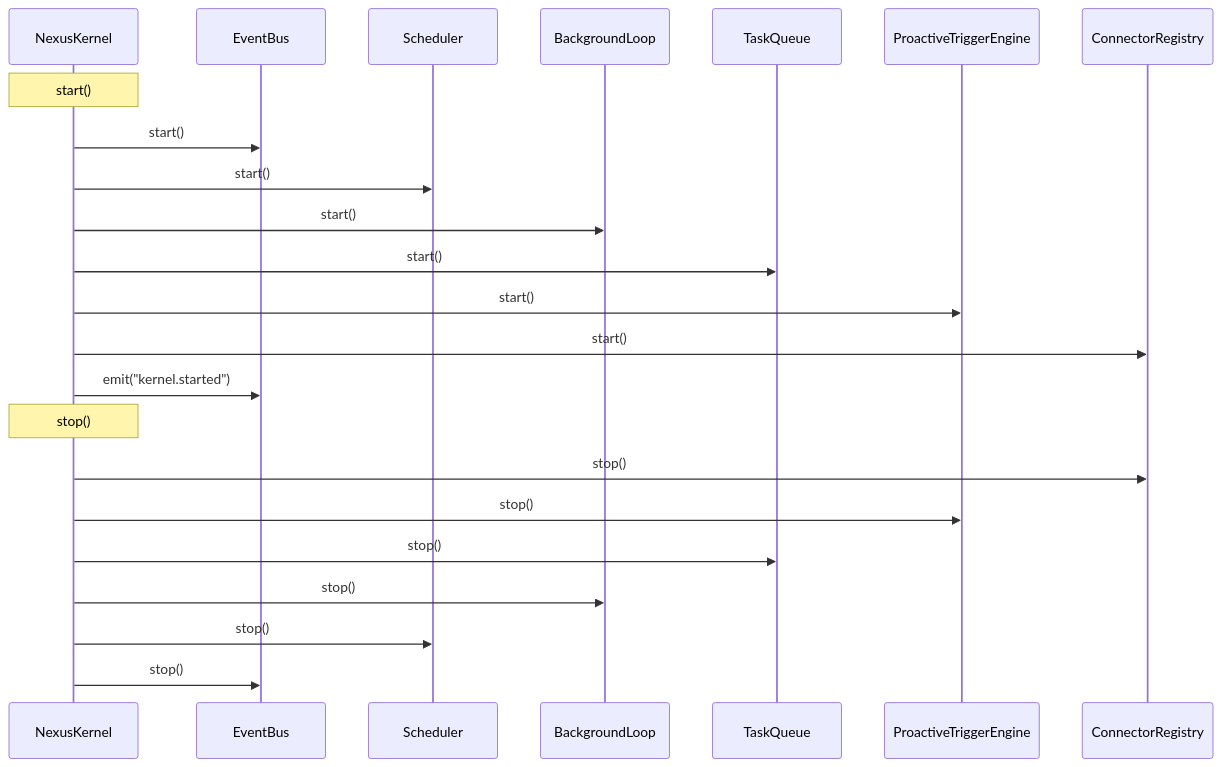
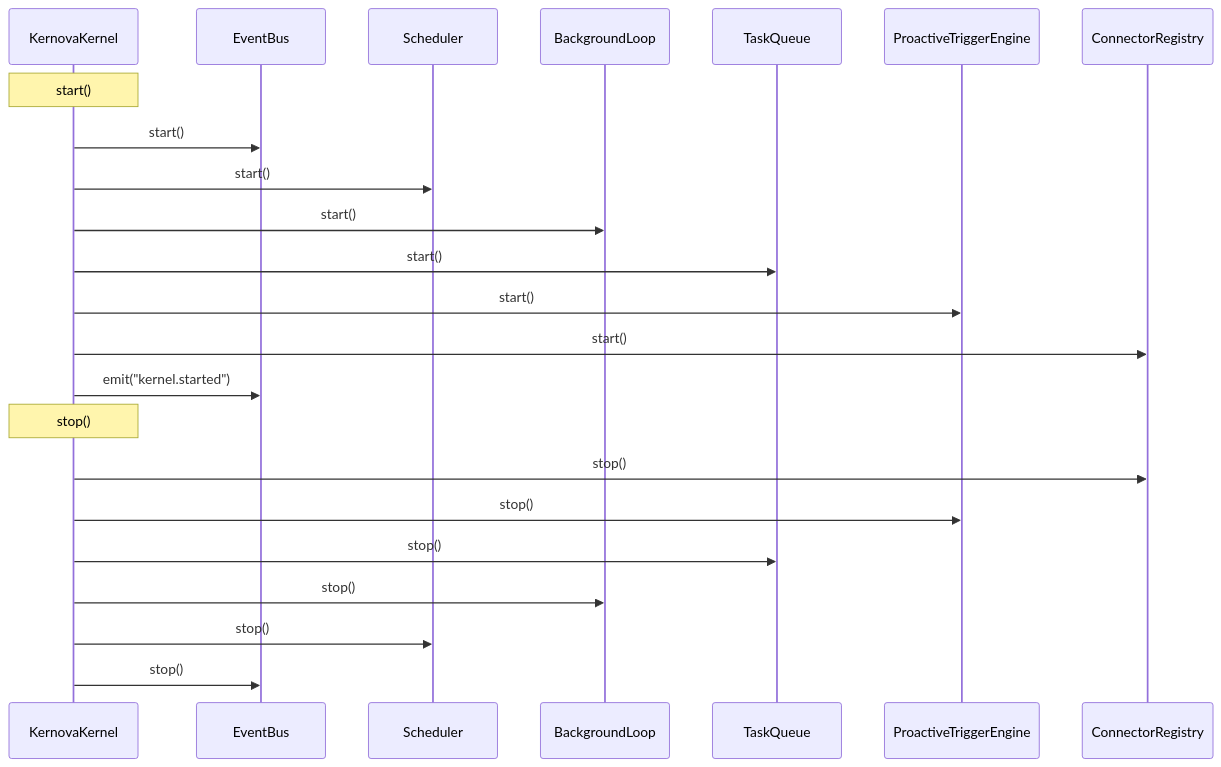
One commit to GodwinAdu/kernova changed the second of 2 diagrams in .kiro/specs/core-autonomy/design.md. Above: the diagram before and after it, drawn with Mermaid. The commit also changed other lines of this file and 310 other files, not shown here.

````diff
--- a/.kiro/specs/core-autonomy/design.md
+++ b/.kiro/specs/core-autonomy/design.md
@@ -66,27 +66,27 @@
 ```mermaid
 sequenceDiagram
-    participant K as NexusKernel
+    participant K as KernovaKernel
     participant EB as EventBus
     participant S as Scheduler
     participant B as BackgroundLoop
     participant Q as TaskQueue
     participant P as ProactiveTriggerEngine
     participant C as ConnectorRegistry
 
     Note over K: start()
     K->>EB: start()
     K->>S: start()
     K->>B: start()
     K->>Q: start()
     K->>P: start()
     K->>C: start()
     K->>EB: emit("kernel.started")
 
     Note over K: stop()
     K->>C: stop()
     K->>P: stop()
     K->>Q: stop()
     K->>B: stop()
     K->>S: stop()
     K->>EB: stop()
 ```
````
